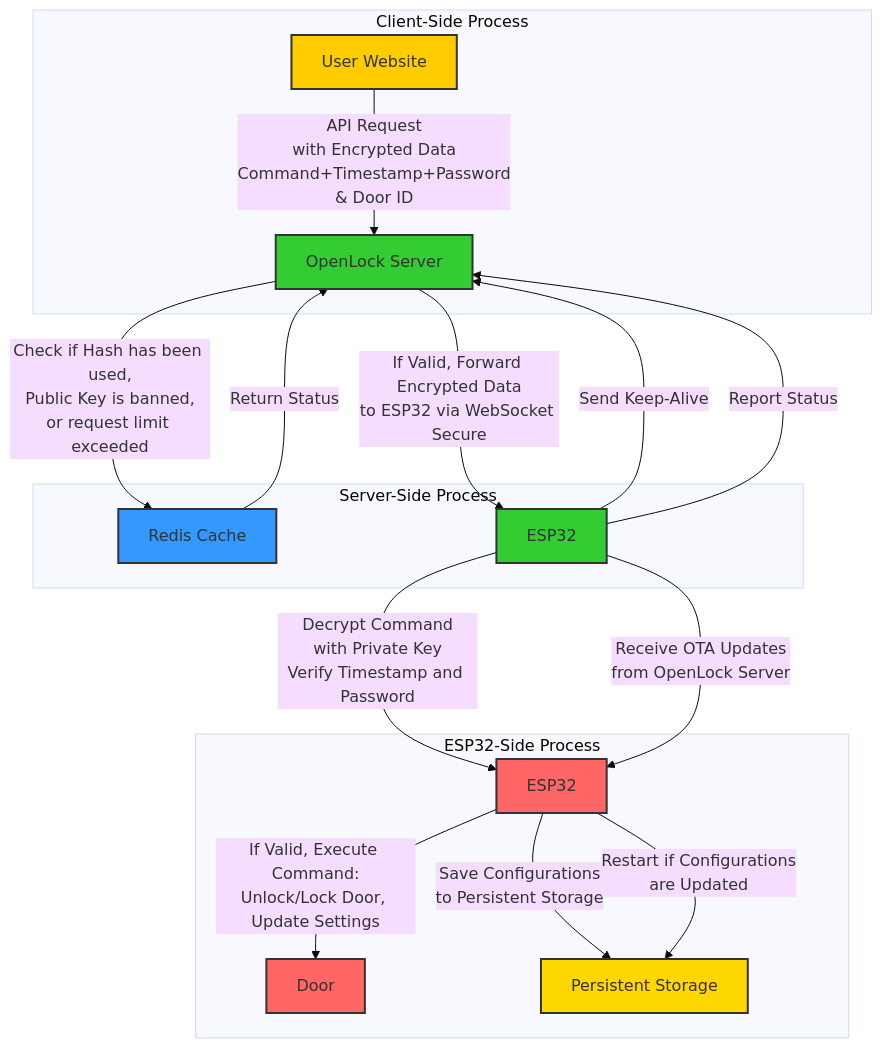
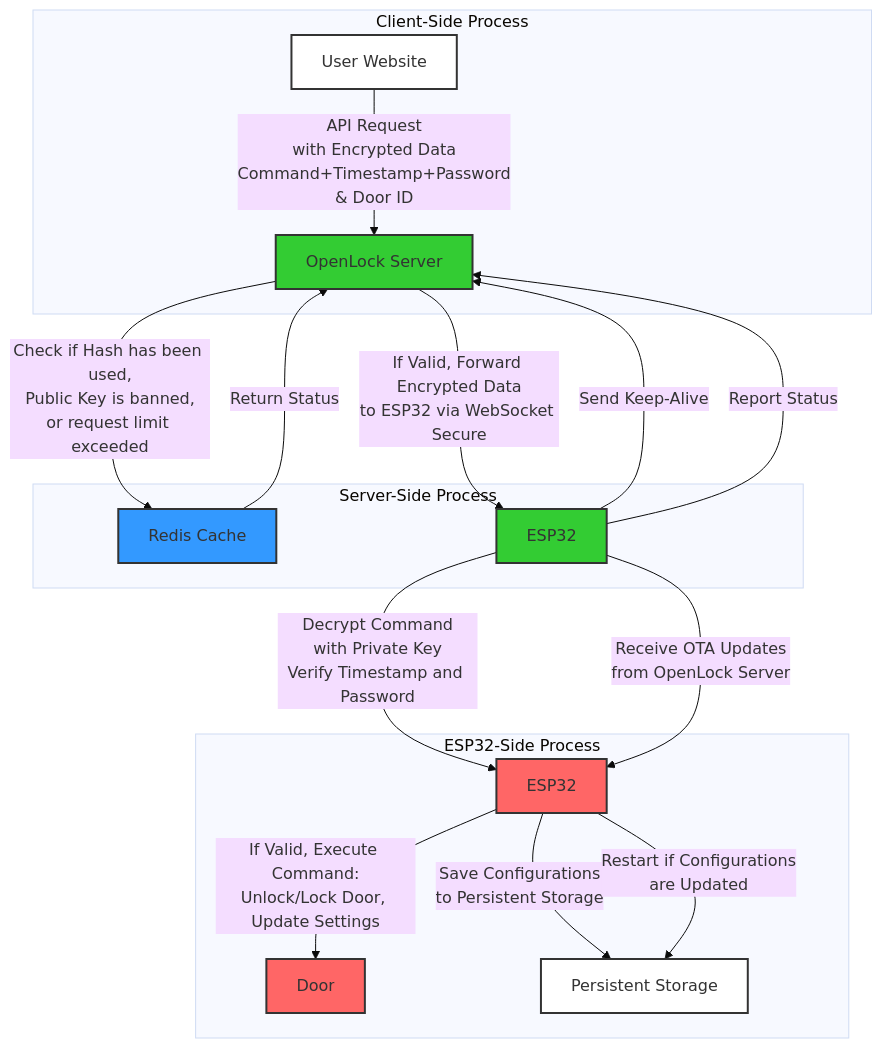
Before and after one commit to lucasodra/esplock: the diagram in README.md, drawn with Mermaid (base theme). The commit also changed other lines of this file and 1 other file, not shown here.

````diff
--- a/README.md
+++ b/README.md
@@ -38,32 +69,32 @@
 ```mermaid
 graph TD
     subgraph Client-Side Process
         A[User Website] -->|API Request<br>with Encrypted Data<br>Command+Timestamp+Password<br>& Door ID| B[OpenLock Server]
     end
     subgraph Server-Side Process
         B -->|Check if Hash has been used,<br>Public Key is banned,<br>or request limit exceeded| C[Redis Cache]
         C -->|Return Status| B
         B -->|If Valid, Forward Encrypted Data<br>to ESP32 via WebSocket Secure| D[ESP32]
     end
     subgraph ESP32-Side Process
         D -->|Decrypt Command<br>with Private Key<br>Verify Timestamp and Password| F[ESP32]
         F -->|If Valid, Execute Command:<br>Unlock/Lock Door, Update Settings| G[Door]
         F -->|Save Configurations<br>to Persistent Storage| H[Persistent Storage]
         F -->|Restart if Configurations<br>are Updated| H
         D -->|Send Keep-Alive| B
         D -->|Receive OTA Updates<br>from OpenLock Server| F
         D -->|Report Status| B
     end
 
-    classDef client fill:#ffcc00,stroke:#333,stroke-width:2px;
+    classDef client fill:#ffffff,stroke:#333,stroke-width:2px;
     classDef server fill:#33cc33,stroke:#333,stroke-width:2px;
     classDef cache fill:#3399ff,stroke:#333,stroke-width:2px;
     classDef device fill:#ff6666,stroke:#333,stroke-width:2px;
-    classDef storage fill:#ffd700,stroke:#333,stroke-width:2px;
+    classDef storage fill:#ffffff,stroke:#333,stroke-width:2px;
 
     class A client;
     class B,D server;
     class C cache;
     class E,F,G,H device;
     class H storage;
 ```
````
